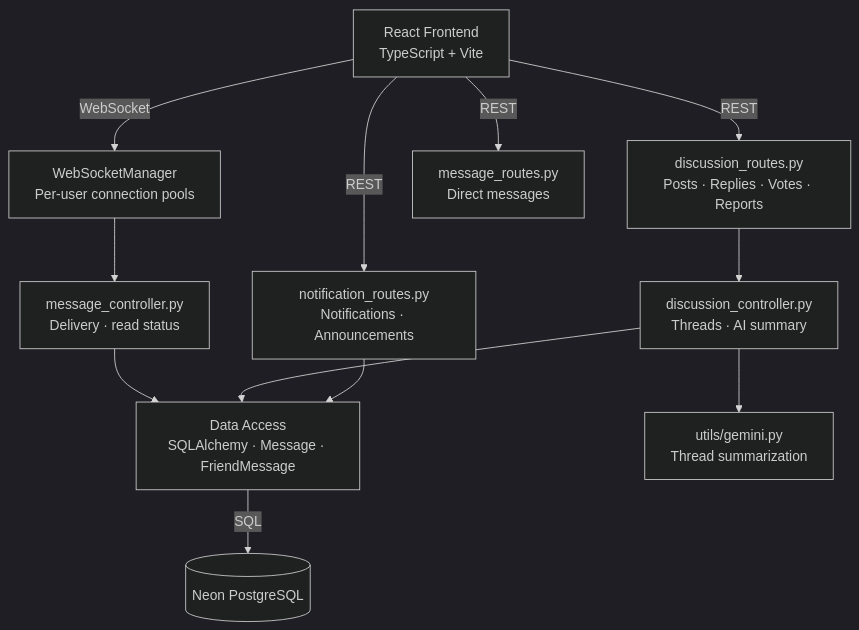
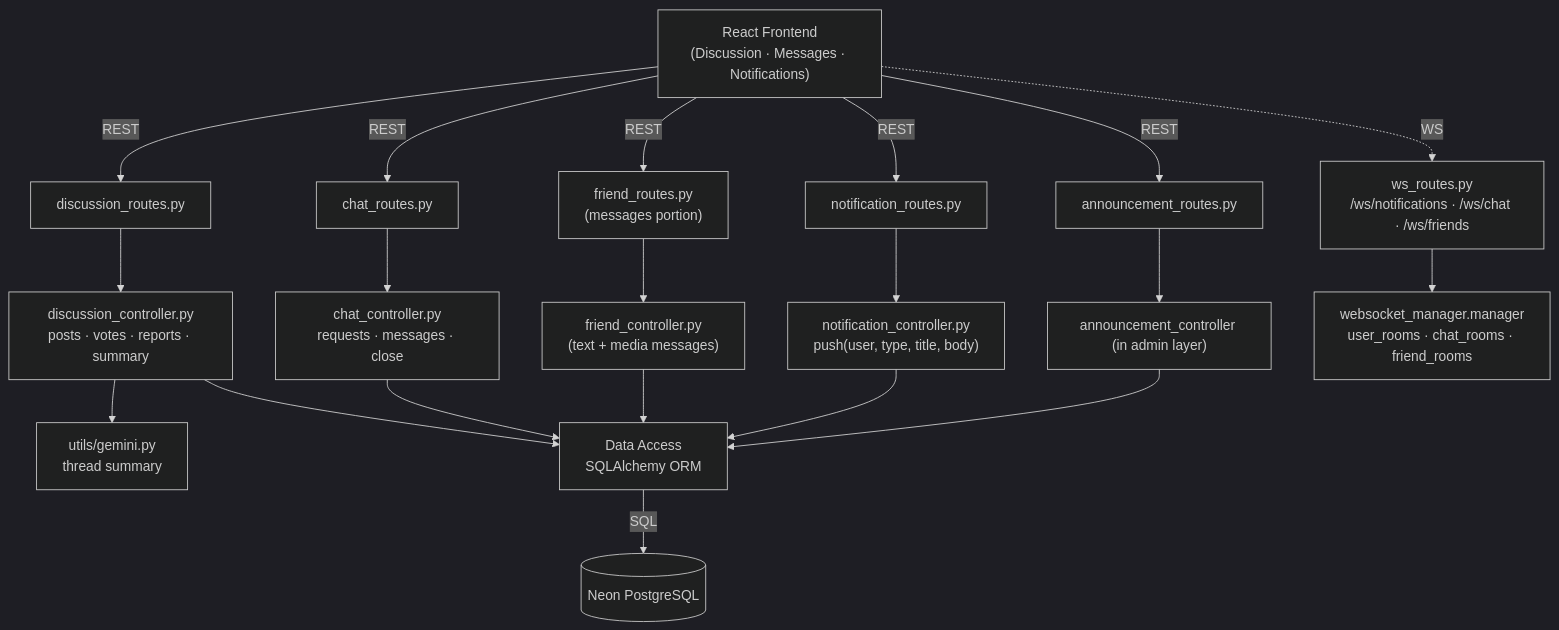
The first of 5 diagrams in docs/sprints/SPRINT_5.md (yazidha09/Hub4Learners), drawn with Mermaid (dark theme) before and after one commit. The commit also changed other lines of this file and 5 other files, not shown here.

````diff
--- a/docs/sprints/SPRINT_5.md
+++ b/docs/sprints/SPRINT_5.md
@@ -49,14 +63,22 @@
 ```mermaid
 graph TD
-    A["React Frontend\nTypeScript + Vite"] -->|WebSocket| B["WebSocketManager\nPer-user connection pools"]
-    A -->|REST| C["discussion_routes.py\nPosts · Replies · Votes · Reports"]
-    A -->|REST| D["message_routes.py\nDirect messages"]
-    A -->|REST| E["notification_routes.py\nNotifications · Announcements"]
-    B --> F["message_controller.py\nDelivery · read status"]
-    C --> G["discussion_controller.py\nThreads · AI summary"]
-    F --> H["Data Access\nSQLAlchemy · Message · FriendMessage"]
-    G --> H
-    E --> H
-    H -->|SQL| I[("Neon PostgreSQL")]
-    G --> J["utils/gemini.py\nThread summarization"]
+    A["React Frontend<br/>(Discussion · Messages · Notifications)"] -->|REST| B["discussion_routes.py"]
+    A -->|REST| C["chat_routes.py"]
+    A -->|REST| D["friend_routes.py<br/>(messages portion)"]
+    A -->|REST| E["notification_routes.py"]
+    A -->|REST| F["announcement_routes.py"]
+    A -. WS .-> G["ws_routes.py<br/>/ws/notifications · /ws/chat · /ws/friends"]
+    B --> H["discussion_controller.py<br/>posts · votes · reports · summary"]
+    C --> I["chat_controller.py<br/>requests · messages · close"]
+    D --> J["friend_controller.py<br/>(text + media messages)"]
+    E --> K["notification_controller.py<br/>push(user, type, title, body)"]
+    F --> L["announcement_controller (in admin layer)"]
+    G --> M["websocket_manager.manager<br/>user_rooms · chat_rooms · friend_rooms"]
+    H --> N["utils/gemini.py<br/>thread summary"]
+    H --> O["Data Access<br/>SQLAlchemy ORM"]
+    I --> O
+    J --> O
+    K --> O
+    L --> O
+    O -->|SQL| P[("Neon PostgreSQL")]
 ```
````
